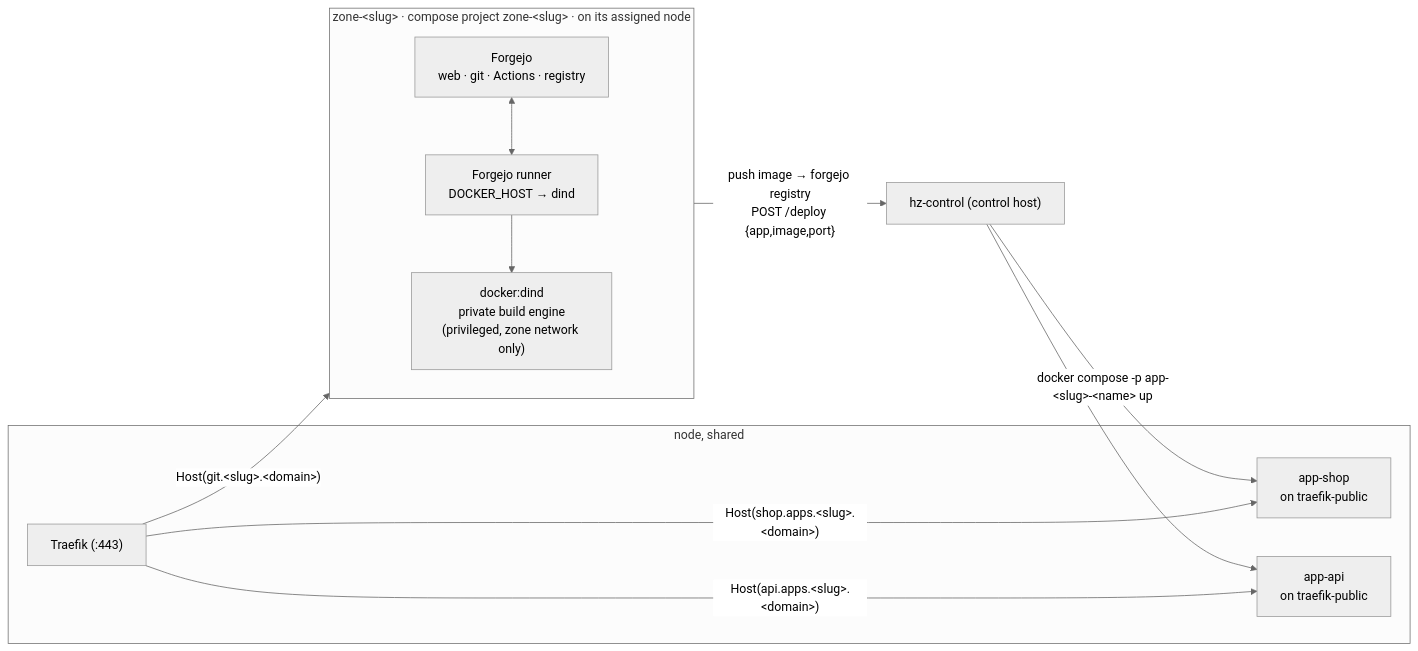
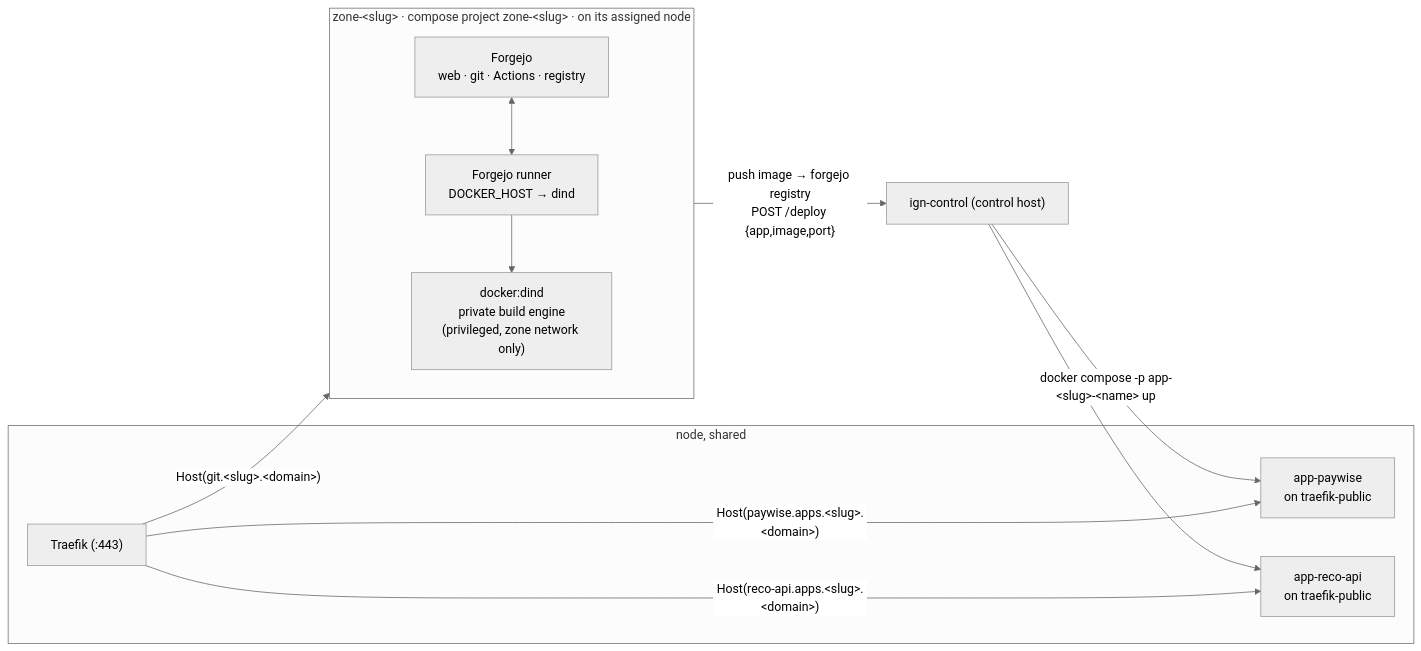
Before and after one commit to johnjoeallen/ignition: the second of 4 diagrams in docs/architecture.md, drawn with Mermaid (neutral theme). The commit also changed other lines of this file and 19 other files, not shown here.

````diff
--- a/docs/architecture.md
+++ b/docs/architecture.md
@@ -69,25 +69,25 @@
 ```mermaid
 flowchart LR
     subgraph zone["zone-&lt;slug&gt;  ·  compose project zone-&lt;slug&gt;  ·  on its assigned node"]
         direction TB
         forgejo["Forgejo<br/>web · git · Actions · registry"]
         dind["docker:dind<br/>private build engine<br/>(privileged, zone network only)"]
         runner["Forgejo runner<br/>DOCKER_HOST → dind"]
         forgejo <--> runner
         runner --> dind
     end
 
     subgraph shared["node, shared"]
         traefik["Traefik  (:443)"]
-        app1["app-shop<br/>on traefik-public"]
-        app2["app-api<br/>on traefik-public"]
+        app1["app-paywise<br/>on traefik-public"]
+        app2["app-reco-api<br/>on traefik-public"]
     end
 
-    cp["hz-control (control host)"]
+    cp["ign-control (control host)"]
     traefik -->|"Host(git.&lt;slug&gt;.&lt;domain&gt;)"| forgejo
     runner -->|"push image → forgejo registry<br/>POST /deploy {app,image,port}"| cp
     cp -->|"docker compose -p app-&lt;slug&gt;-&lt;name&gt; up"| app1
     cp --> app2
-    traefik -->|"Host(shop.apps.&lt;slug&gt;.&lt;domain&gt;)"| app1
-    traefik -->|"Host(api.apps.&lt;slug&gt;.&lt;domain&gt;)"| app2
+    traefik -->|"Host(paywise.apps.&lt;slug&gt;.&lt;domain&gt;)"| app1
+    traefik -->|"Host(reco-api.apps.&lt;slug&gt;.&lt;domain&gt;)"| app2
 ```
````
